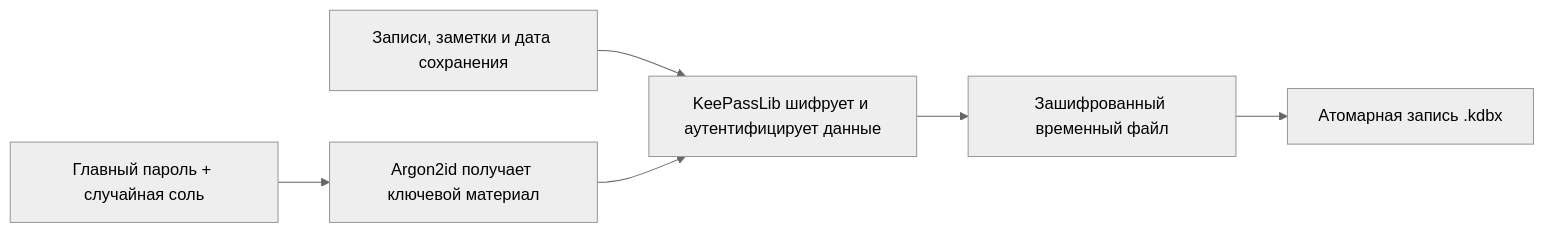
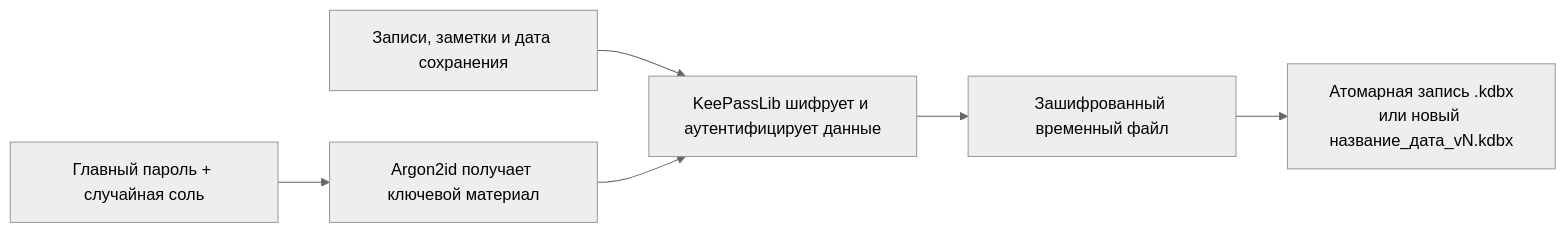
One commit to dmakhazen/easy-pass-vault changed the second of 2 diagrams in README.md. Above: the diagram before and after it, drawn with Mermaid (neutral theme). The commit also changed other lines of this file and 10 other files, not shown here.

````diff
--- a/README.md
+++ b/README.md
@@ -55,8 +59,8 @@
 ```mermaid
 flowchart LR
     P["Главный пароль + случайная соль"] --> K["Argon2id получает ключевой материал"]
     D["Записи, заметки и дата сохранения"] --> E["KeePassLib шифрует и аутентифицирует данные"]
     K --> E
     E --> T["Зашифрованный временный файл"]
-    T --> F["Атомарная запись .kdbx"]
+    T --> F["Атомарная запись .kdbx<br/>или новый название_дата_vN.kdbx"]
 ```
````
